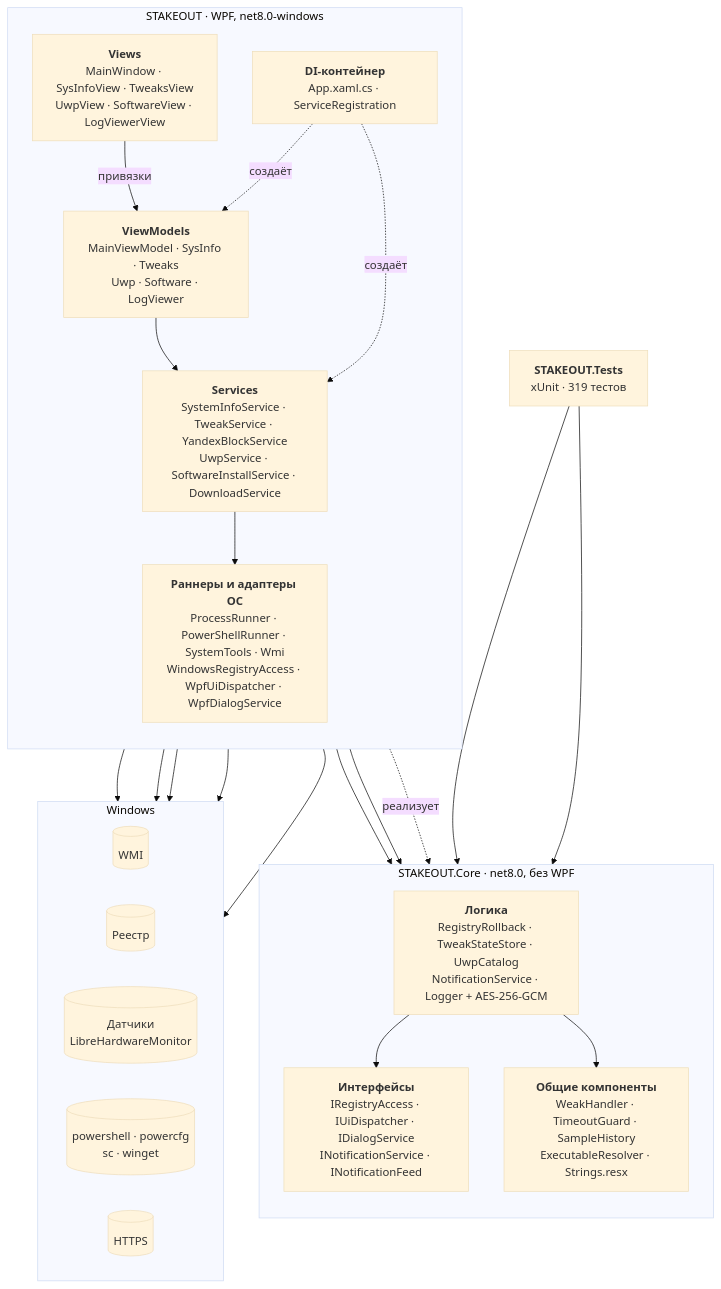
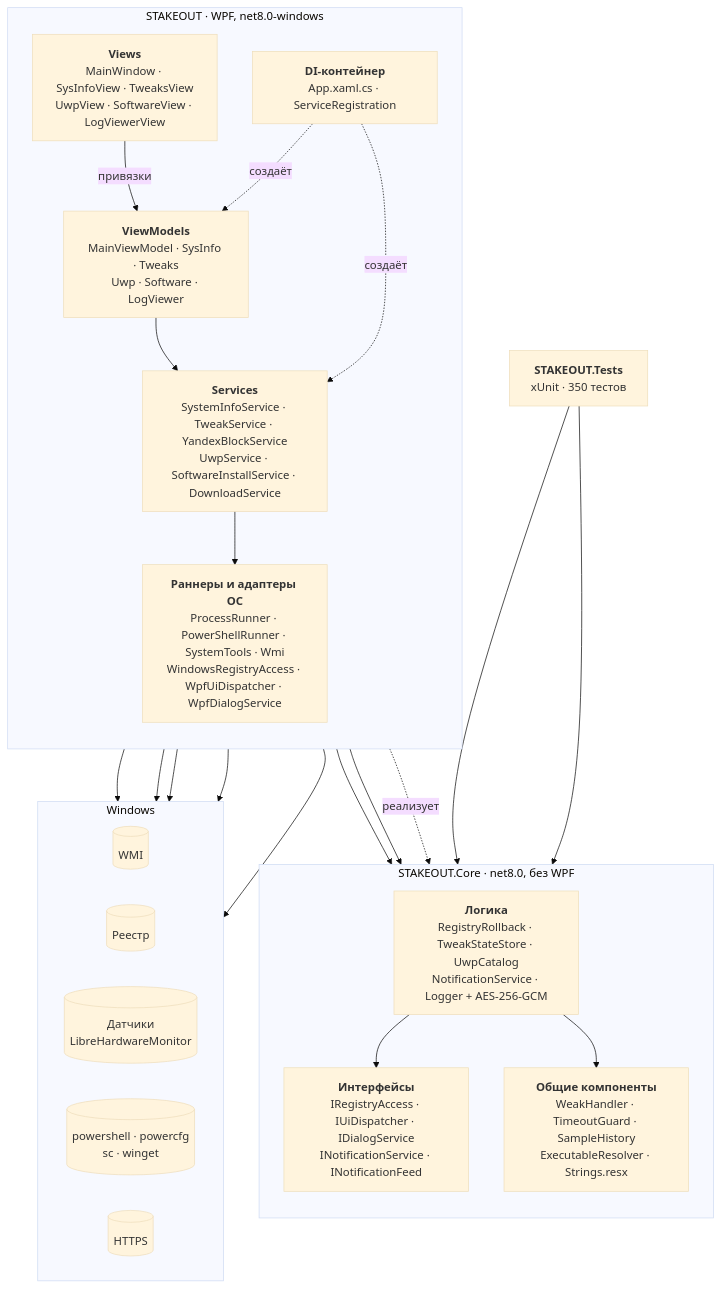
The first of 3 diagrams in README.md (WITTMANN88/first-pr-practice), drawn with Mermaid (base theme) before and after one commit. The commit also changed other lines of this file and 34 other files, not shown here.

````diff
--- a/README.md
+++ b/README.md
@@ -151,47 +163,47 @@
 ```mermaid
 flowchart TB
     subgraph APP["STAKEOUT · WPF, net8.0-windows"]
         direction TB
         V["<b>Views</b><br/>MainWindow · SysInfoView · TweaksView<br/>UwpView · SoftwareView · LogViewerView"]
         VM["<b>ViewModels</b><br/>MainViewModel · SysInfo · Tweaks<br/>Uwp · Software · LogViewer"]
         DI["<b>DI-контейнер</b><br/>App.xaml.cs · ServiceRegistration"]
         S["<b>Services</b><br/>SystemInfoService · TweakService · YandexBlockService<br/>UwpService · SoftwareInstallService · DownloadService"]
         R["<b>Раннеры и адаптеры ОС</b><br/>ProcessRunner · PowerShellRunner · SystemTools · Wmi<br/>WindowsRegistryAccess · WpfUiDispatcher · WpfDialogService"]
     end
 
     subgraph CORE["STAKEOUT.Core · net8.0, без WPF"]
         direction TB
         I["<b>Интерфейсы</b><br/>IRegistryAccess · IUiDispatcher · IDialogService<br/>INotificationService · INotificationFeed"]
         L["<b>Логика</b><br/>RegistryRollback · TweakStateStore · UwpCatalog<br/>NotificationService · Logger + AES-256-GCM"]
         U["<b>Общие компоненты</b><br/>WeakHandler · TimeoutGuard · SampleHistory<br/>ExecutableResolver · Strings.resx"]
     end
 
     subgraph WIN["Windows"]
         direction LR
         WMI[("WMI")]
         REG[("Реестр")]
         SEN[("Датчики<br/>LibreHardwareMonitor")]
         PS[("powershell · powercfg<br/>sc · winget")]
         NET[("HTTPS")]
     end
 
-    T["<b>STAKEOUT.Tests</b><br/>xUnit · 319 тестов"]
+    T["<b>STAKEOUT.Tests</b><br/>xUnit · 350 тестов"]
 
     V -->|"привязки"| VM
     DI -.->|"создаёт"| VM
     DI -.->|"создаёт"| S
     VM --> S
     VM --> I
     S --> R
     S --> L
     L --> I
     L --> U
     R -.->|"реализует"| I
     R --> WMI
     R --> REG
     R --> PS
     S --> SEN
     S --> NET
     T --> L
     T --> U
 ```
````
